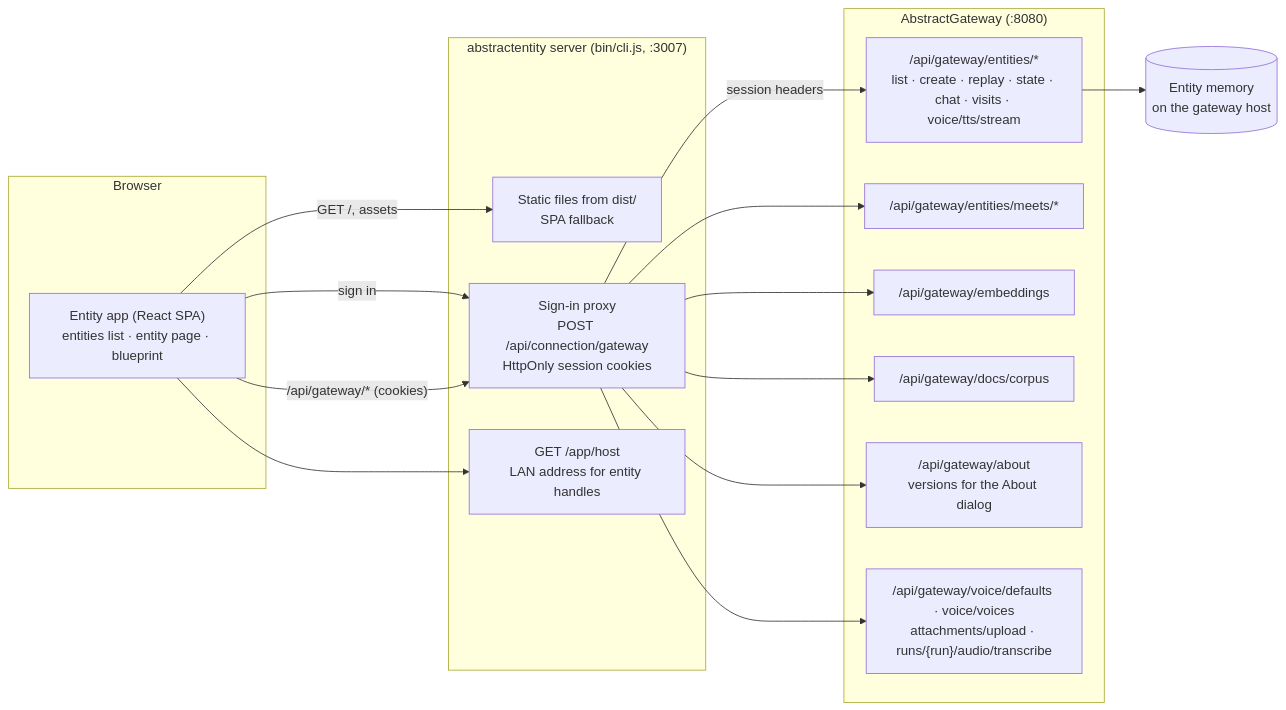
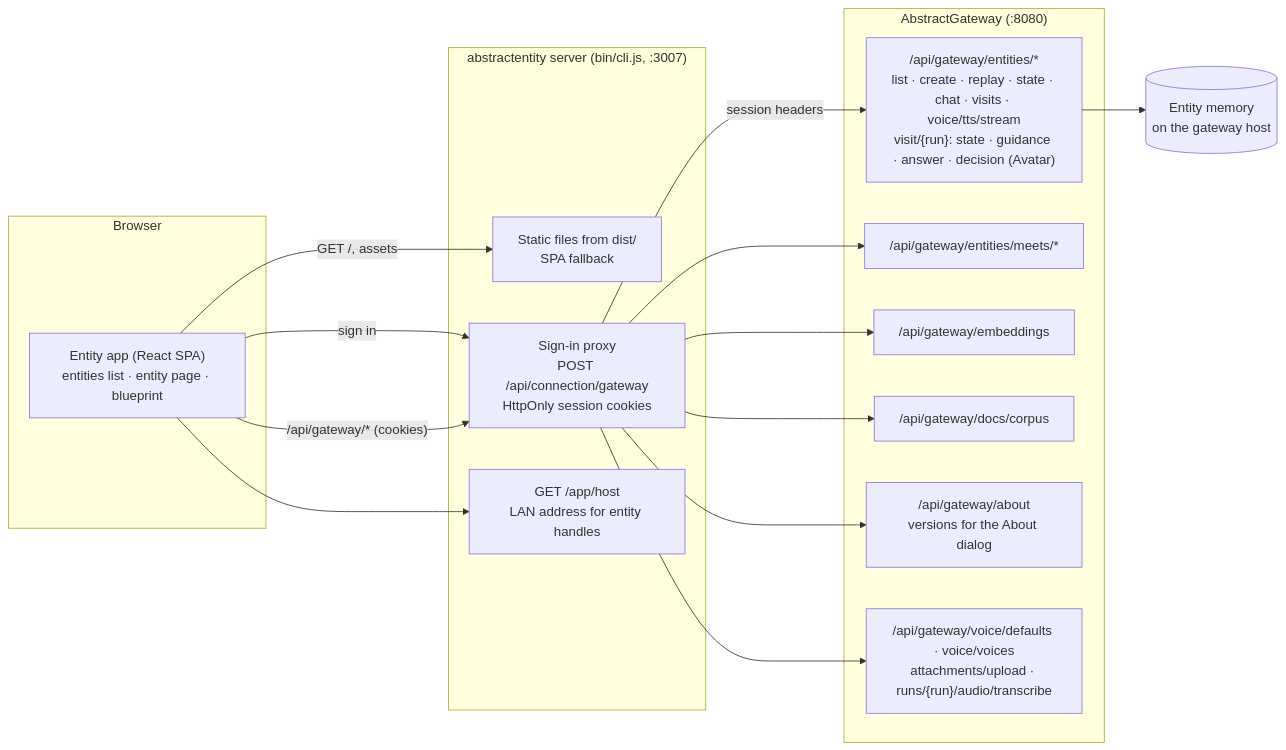
One commit to lpalbou/AbstractEntity changed the first of 4 diagrams in docs/architecture.md. Above: the diagram before and after it, drawn with Mermaid. The commit also changed other lines of this file and 8 other files, not shown here.

````diff
--- a/docs/architecture.md
+++ b/docs/architecture.md
@@ -15,32 +15,32 @@
 ```mermaid
 flowchart LR
   subgraph Browser
     SPA["Entity app (React SPA)<br/>entities list · entity page · blueprint"]
   end
   subgraph Server["abstractentity server (bin/cli.js, :3007)"]
     Static["Static files from dist/<br/>SPA fallback"]
     Proxy["Sign-in proxy<br/>POST /api/connection/gateway<br/>HttpOnly session cookies"]
     Host["GET /app/host<br/>LAN address for entity handles"]
   end
   subgraph Gateway["AbstractGateway (:8080)"]
-    Entities["/api/gateway/entities/*<br/>list · create · replay · state · chat · visits · voice/tts/stream"]
+    Entities["/api/gateway/entities/*<br/>list · create · replay · state · chat · visits · voice/tts/stream<br/>visit/{run}: state · guidance · answer · decision (Avatar)"]
     Meets["/api/gateway/entities/meets/*"]
     Embed["/api/gateway/embeddings"]
     Docs["/api/gateway/docs/corpus"]
     About["/api/gateway/about<br/>versions for the About dialog"]
     Voice["/api/gateway/voice/defaults · voice/voices<br/>attachments/upload · runs/{run}/audio/transcribe"]
   end
   Memory[("Entity memory<br/>on the gateway host")]
 
   SPA -- "GET /, assets" --> Static
   SPA -- "sign in" --> Proxy
   SPA -- "/api/gateway/* (cookies)" --> Proxy
   SPA --> Host
   Proxy -- "session headers" --> Entities
   Proxy --> Meets
   Proxy --> Embed
   Proxy --> Docs
   Proxy --> About
   Proxy --> Voice
   Entities --> Memory
 ```
````
